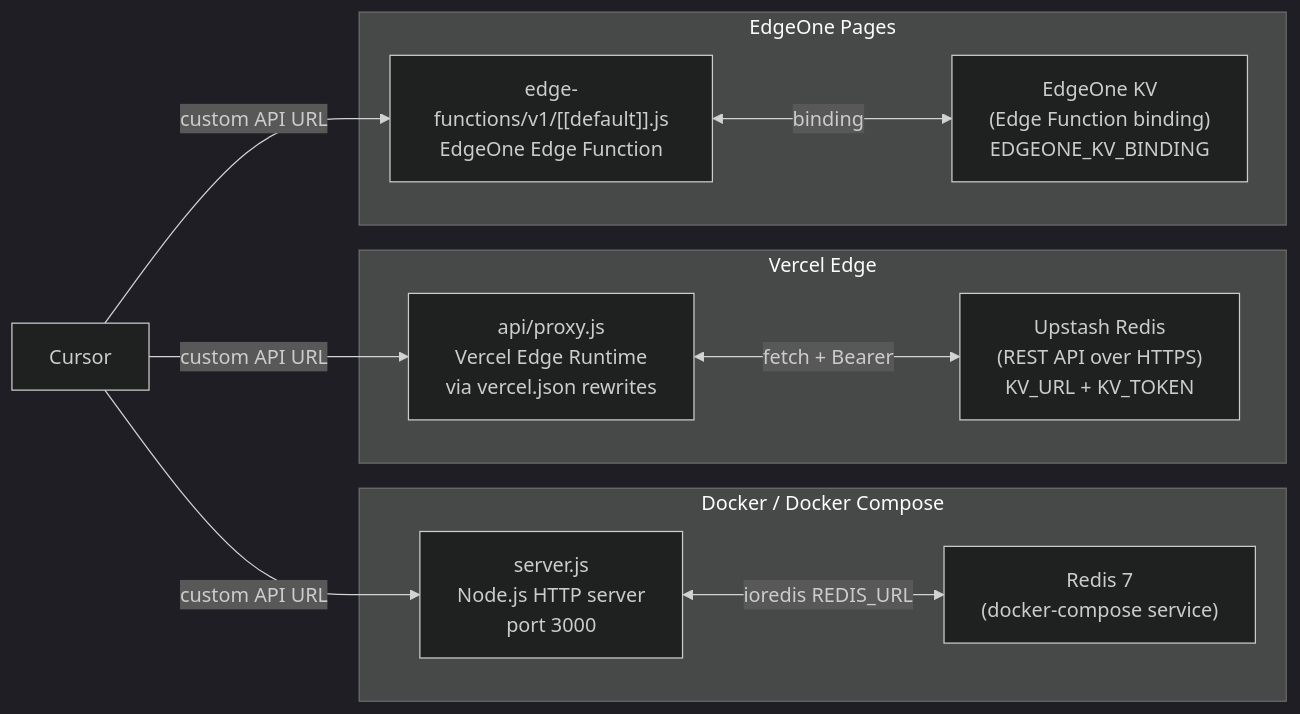
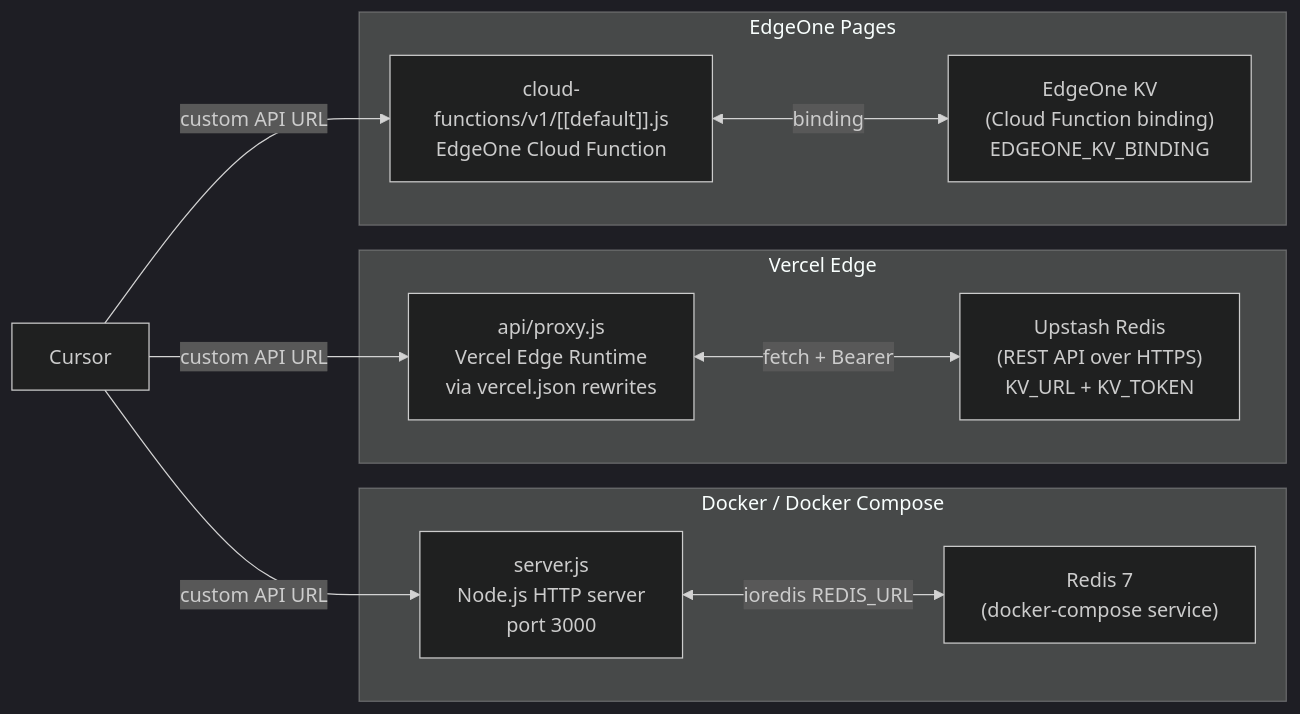
The second of 4 diagrams in doc/architecture-overview.md (lqdflying/cursorProxy), drawn with Mermaid (dark theme) before and after one commit. The commit also changed other lines of this file and 22 other files, not shown here.

First line of the commit message:
Move EdgeOne routes back to Cloud Functions for KV + log visibility

````diff
--- a/doc/architecture-overview.md
+++ b/doc/architecture-overview.md
@@ -58,24 +58,24 @@
 ```mermaid
 flowchart LR
     subgraph "Docker / Docker Compose"
         SC["server.js\nNode.js HTTP server\nport 3000"]
         RD["Redis 7\n(docker-compose service)"]
         SC <-->|ioredis REDIS_URL| RD
     end
 
     subgraph "Vercel Edge"
         VEF["api/proxy.js\nVercel Edge Runtime\nvia vercel.json rewrites"]
         UP_KV["Upstash Redis\n(REST API over HTTPS)\nKV_URL + KV_TOKEN"]
         VEF <-->|fetch + Bearer| UP_KV
     end
 
     subgraph "EdgeOne Pages"
-        EOF["edge-functions/v1/[[default]].js\nEdgeOne Edge Function"]
-        EO_KV["EdgeOne KV\n(Edge Function binding)\nEDGEONE_KV_BINDING"]
+        EOF["cloud-functions/v1/[[default]].js\nEdgeOne Cloud Function"]
+        EO_KV["EdgeOne KV\n(Cloud Function binding)\nEDGEONE_KV_BINDING"]
         EOF <-->|binding| EO_KV
     end
 
     Cursor -->|custom API URL| SC
     Cursor -->|custom API URL| VEF
     Cursor -->|custom API URL| EOF
 ```
````
